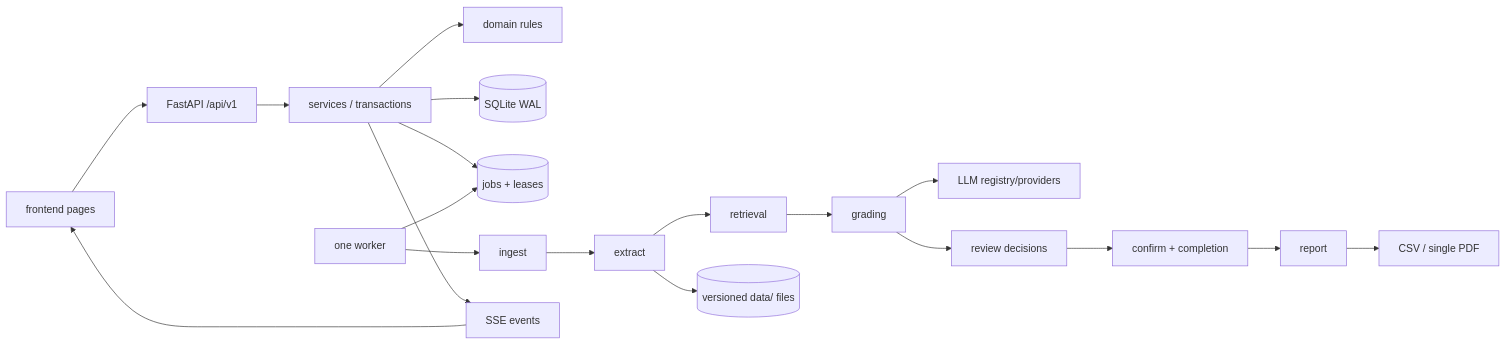
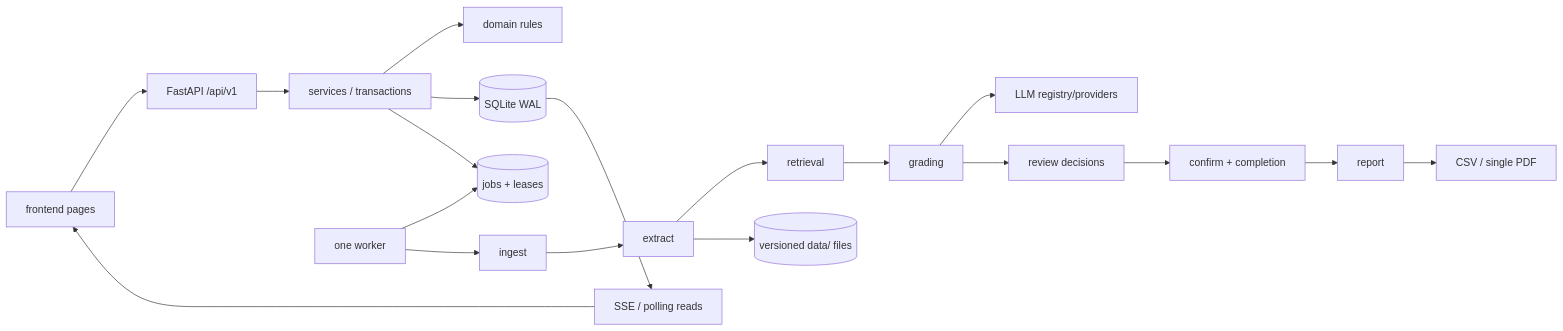
The diagram in docs/ARCHITECTURE.md (A1phaCat/Rubric-mark-agent), drawn with Mermaid before and after one commit. The commit also changed other lines of this file and 117 other files, not shown here.

````diff
--- a/docs/ARCHITECTURE.md
+++ b/docs/ARCHITECTURE.md
@@ -7,21 +7,21 @@
 ```mermaid
 flowchart LR
   UI[frontend pages] --> API[FastAPI /api/v1]
   API --> S[services / transactions]
   S --> D[domain rules]
   S --> DB[(SQLite WAL)]
   S --> Q[(jobs + leases)]
   W[one worker] --> Q
   W --> I[ingest]
   I --> X[extract]
   X --> R[retrieval]
   R --> G[grading]
   G --> L[LLM registry/providers]
   G --> RV[review decisions]
   RV --> C[confirm + completion]
   C --> RP[report]
   RP --> E[CSV / single PDF]
   X --> FS[(versioned data/ files)]
-  S --> SSE[SSE events]
+  DB --> SSE[SSE / polling reads]
   SSE --> UI
 ```
````
